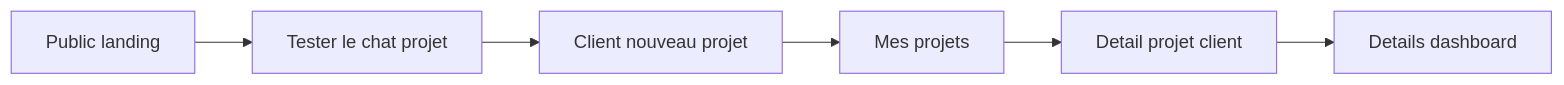
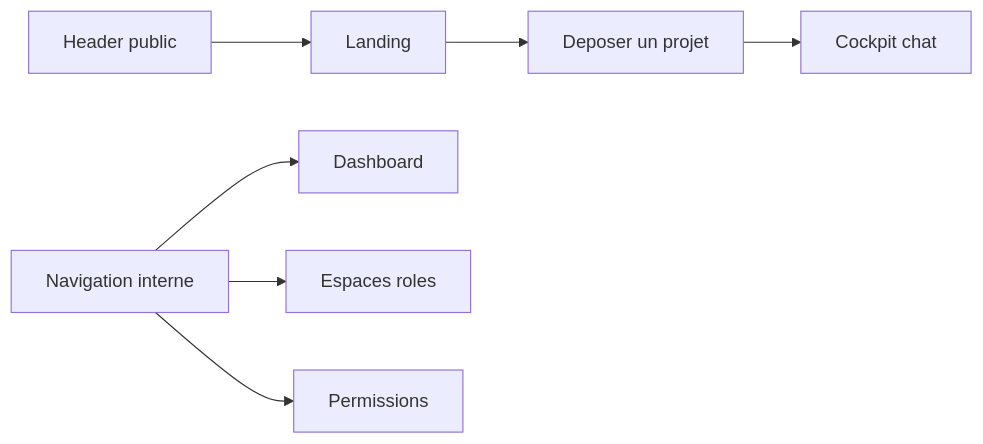
The second of 2 diagrams in docs/routes-map.md (RAYAN-DOB/vellum), drawn with Mermaid before and after one commit. The commit also changed other lines of this file and 42 other files, not shown here.

Commit message:
Rebuild visual identity with architectural premium UI

````diff
--- a/docs/routes-map.md
+++ b/docs/routes-map.md
@@ -37,8 +34,9 @@
 ```mermaid
 flowchart LR
-  Public["Public landing"] --> CTA["Tester le chat projet"]
-  CTA --> ClientNew["Client nouveau projet"]
-  ClientNew --> ClientProjects["Mes projets"]
-  ClientProjects --> ClientDetail["Detail projet client"]
-  ClientDetail --> DashboardDetail["Details dashboard"]
+  PublicHeader["Header public"] --> Home["Landing"]
+  Home --> CTA["Deposer un projet"]
+  CTA --> Chat["Cockpit chat"]
+  AppShell["Navigation interne"] --> Workspace["Dashboard"]
+  AppShell --> Roles["Espaces roles"]
+  AppShell --> Matrix["Permissions"]
 ```
````
